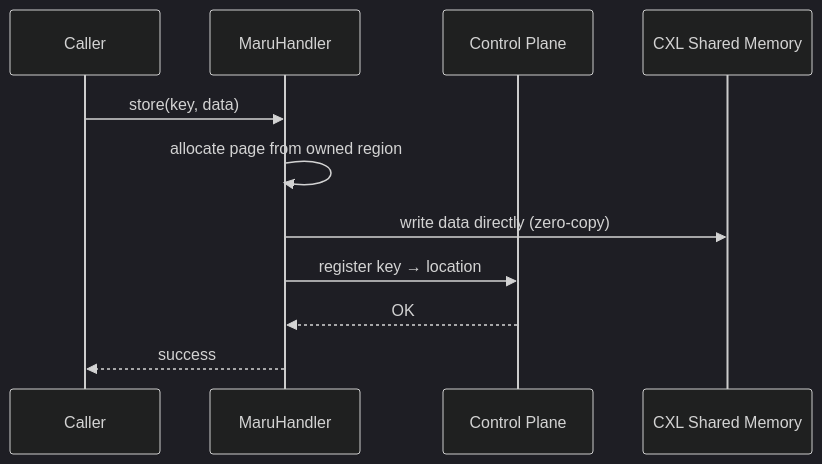
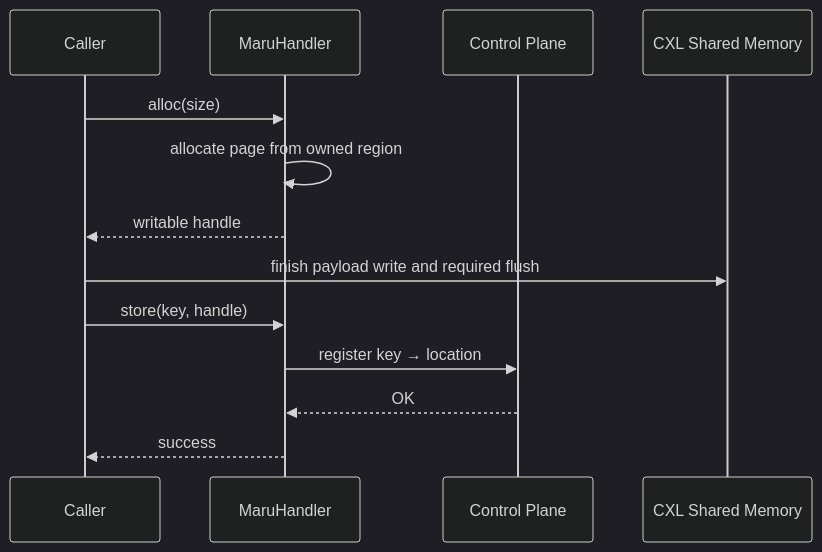
One commit to xcena-dev/maru changed the fourth of 7 diagrams in docs/source/design_doc/architecture_overview.md. Above: the diagram before and after it, drawn with Mermaid (dark theme). The commit also changed other lines of this file and 37 other files, not shown here.

````diff
--- a/docs/source/design_doc/architecture_overview.md
+++ b/docs/source/design_doc/architecture_overview.md
@@ -133,14 +177,16 @@
 ```mermaid
 sequenceDiagram
     participant C as Caller
     participant H as MaruHandler
     participant CP as Control Plane
     participant CXL as CXL Shared Memory
 
-    C->>H: store(key, data)
+    C->>H: alloc(size)
     H->>H: allocate page from owned region
-    H->>CXL: write data directly (zero-copy)
+    H-->>C: writable handle
+    C->>CXL: finish payload write and required flush
+    C->>H: store(key, handle)
     H->>CP: register key → location
     CP-->>H: OK
     H-->>C: success
 ```
````
